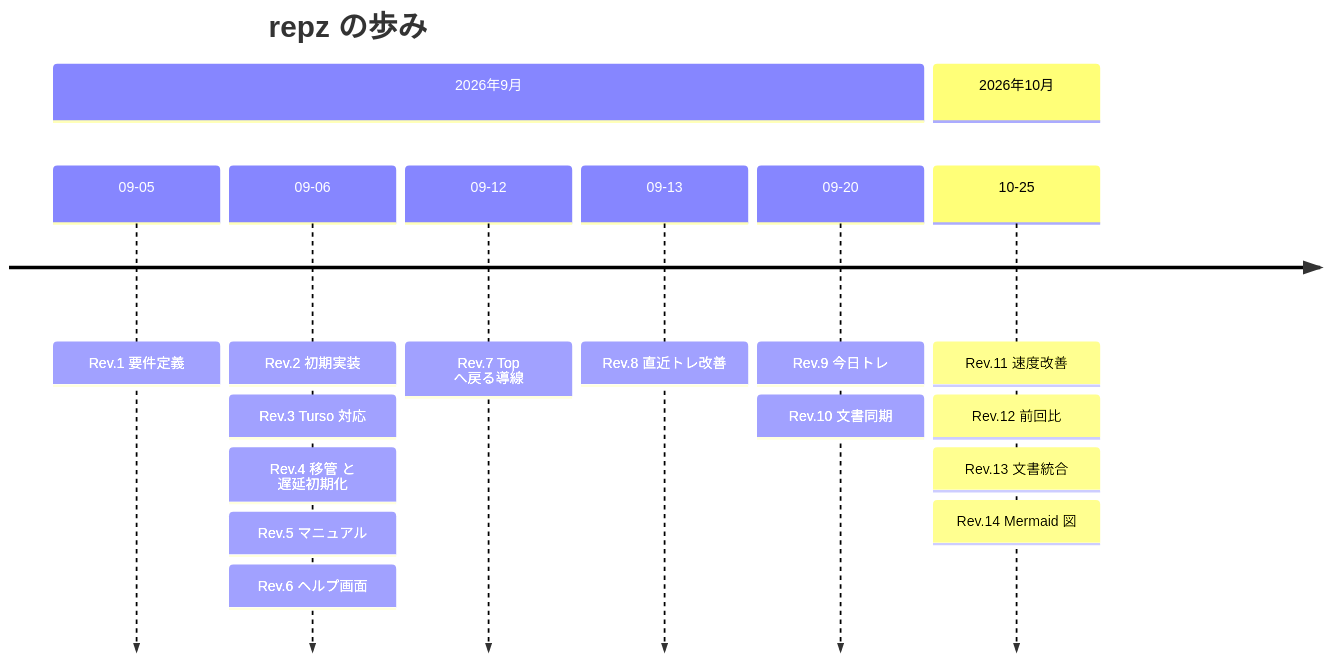
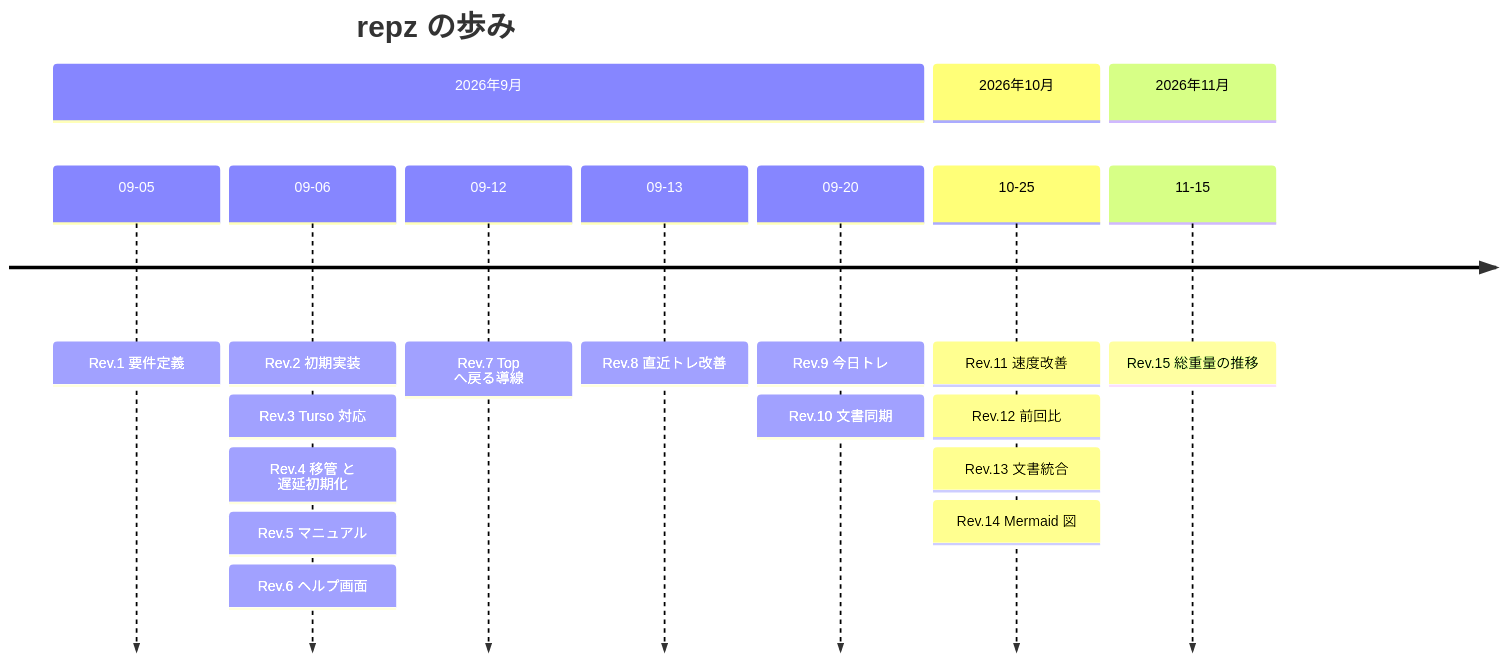
One commit to mojiki/repz changed diagram 19 of 19 in README.md. Above: the diagram before and after it, drawn with Mermaid. The commit also changed other lines of this file and 9 other files, not shown here.

First line of the commit message:
Add /history: total-volume trend chart and list (weekly/daily, range, body part)

````diff
--- a/README.md
+++ b/README.md
@@ -1374,12 +1423,14 @@
 ```mermaid
 timeline
     title repz の歩み
     section 2026年9月
         09-05 : Rev.1 要件定義
         09-06 : Rev.2 初期実装 : Rev.3 Turso 対応 : Rev.4 移管 と 遅延初期化 : Rev.5 マニュアル : Rev.6 ヘルプ画面
         09-12 : Rev.7 Top へ戻る導線
         09-13 : Rev.8 直近トレ改善
         09-20 : Rev.9 今日トレ : Rev.10 文書同期
     section 2026年10月
         10-25 : Rev.11 速度改善 : Rev.12 前回比 : Rev.13 文書統合 : Rev.14 Mermaid 図
+    section 2026年11月
+        11-15 : Rev.15 総重量の推移
 ```
````
